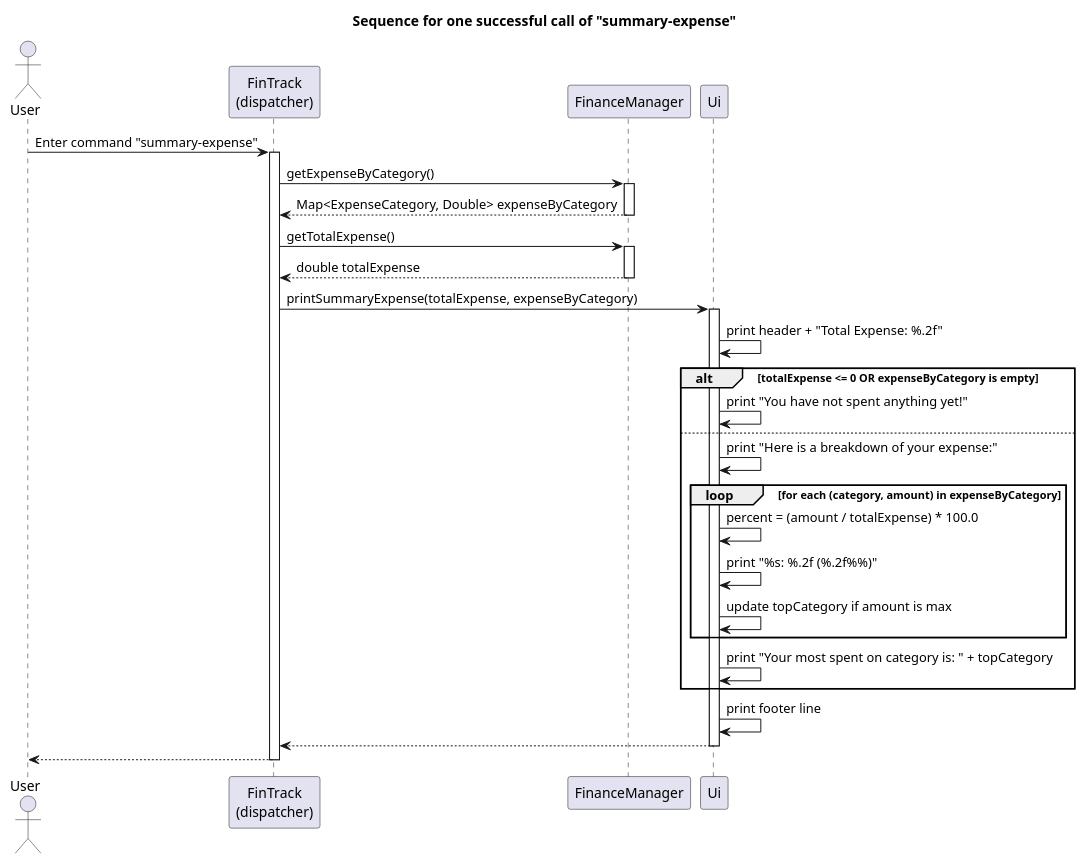
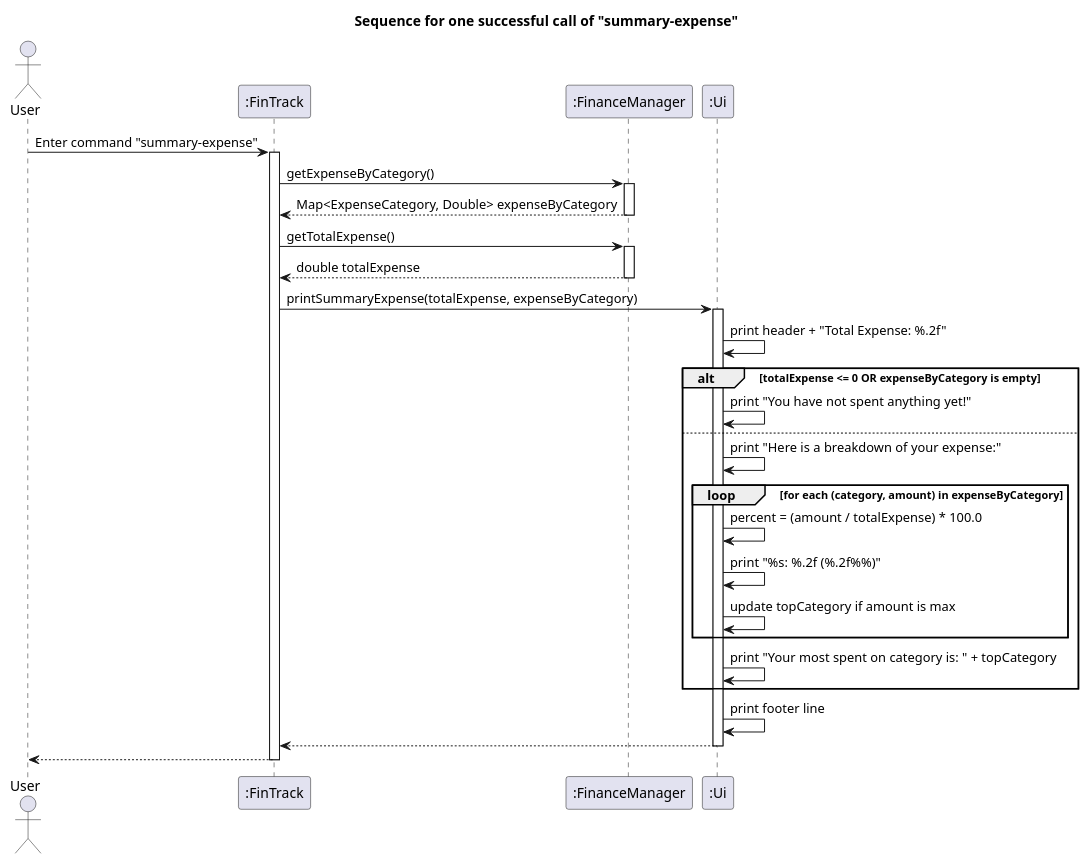
One commit to AY2526S1-CS2113-W12-4/tp changed the diagram in docs/diagrams/summary_expense.puml. Above: the diagram before and after it, drawn with PlantUML. The commit also changed 1 other file, not shown here.

Commit message:
Fix Summary Expense diagram

```diff
--- a/docs/diagrams/summary_expense.puml
+++ b/docs/diagrams/summary_expense.puml
@@ -1,44 +1,44 @@
 @startuml
 title Sequence for one successful call of "summary-expense"
 
 actor User
-participant "FinTrack\n(dispatcher)" as FinTrack
-participant "FinanceManager" as FM
-participant "Ui" as Ui
+participant ":FinTrack" as FinTrack
+participant ":FinanceManager" as FM
+participant ":Ui" as Ui
 
 User -> FinTrack: Enter command "summary-expense"
 activate FinTrack
 
 FinTrack -> FM: getExpenseByCategory()
 activate FM
 FM --> FinTrack: Map<ExpenseCategory, Double> expenseByCategory
 deactivate FM
 
 FinTrack -> FM: getTotalExpense()
 activate FM
 FM --> FinTrack: double totalExpense
 deactivate FM
 
 FinTrack -> Ui: printSummaryExpense(totalExpense, expenseByCategory)
 activate Ui
 Ui -> Ui: print header + "Total Expense: %.2f"
 
 alt totalExpense <= 0 OR expenseByCategory is empty
   Ui -> Ui: print "You have not spent anything yet!"
 else
   Ui -> Ui: print "Here is a breakdown of your expense:"
   loop for each (category, amount) in expenseByCategory
     Ui -> Ui: percent = (amount / totalExpense) * 100.0
     Ui -> Ui: print "%s: %.2f (%.2f%%)"
     Ui -> Ui: update topCategory if amount is max
   end
   Ui -> Ui: print "Your most spent on category is: " + topCategory
 end
 Ui -> Ui: print footer line
 Ui --> FinTrack
 deactivate Ui
 
 FinTrack --> User
 deactivate FinTrack
 
 @enduml
```
